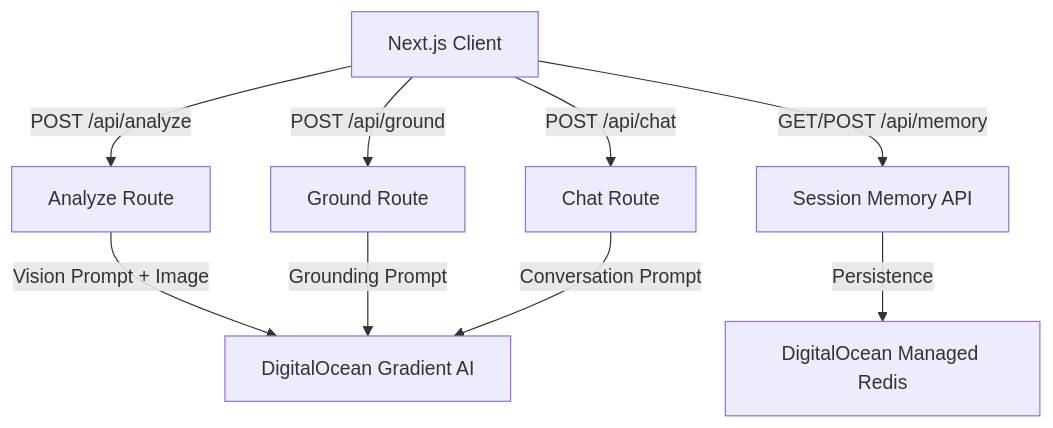
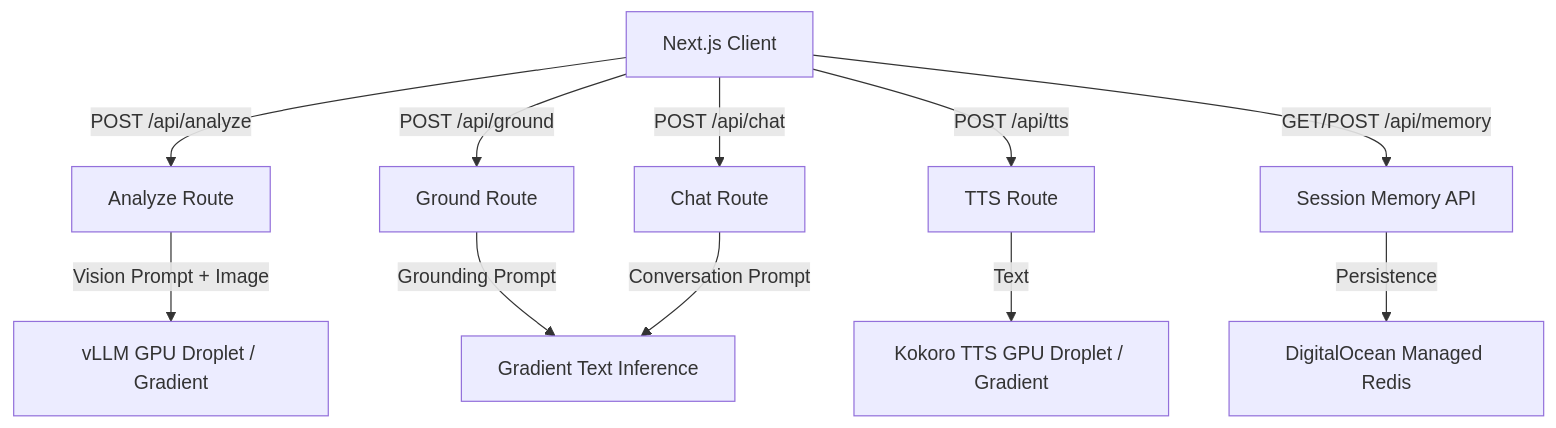
One commit to lassestilvang/gradient-lens changed the diagram in README.md. Above: the diagram before and after it, drawn with Mermaid. The commit also changed other lines of this file, not shown here.

Commit message:
docs: Enhance README with details on GPU droplet inference (vLLM, Kokoro TTS), updated architecture, deployment, and environment variables.

````diff
--- a/README.md
+++ b/README.md
@@ -21,11 +15,13 @@
 ```mermaid
 graph TD
     Client[Next.js Client] -->|POST /api/analyze| AnalyzeAPI[Analyze Route]
     Client -->|POST /api/ground| GroundAPI[Ground Route]
     Client -->|POST /api/chat| ChatAPI[Chat Route]
-    AnalyzeAPI -->|Vision Prompt + Image| Gradient[DigitalOcean Gradient AI]
-    GroundAPI -->|Grounding Prompt| Gradient
+    Client -->|POST /api/tts| TTSAPI[TTS Route]
+    AnalyzeAPI -->|Vision Prompt + Image| VisionGPU[vLLM GPU Droplet / Gradient]
+    GroundAPI -->|Grounding Prompt| Gradient[Gradient Text Inference]
     ChatAPI -->|Conversation Prompt| Gradient
+    TTSAPI -->|Text| TTSGPU[Kokoro TTS GPU Droplet / Gradient]
     Client -->|GET/POST /api/memory| MemoryAPI[Session Memory API]
     MemoryAPI -->|Persistence| Redis[DigitalOcean Managed Redis]
 ```
````
